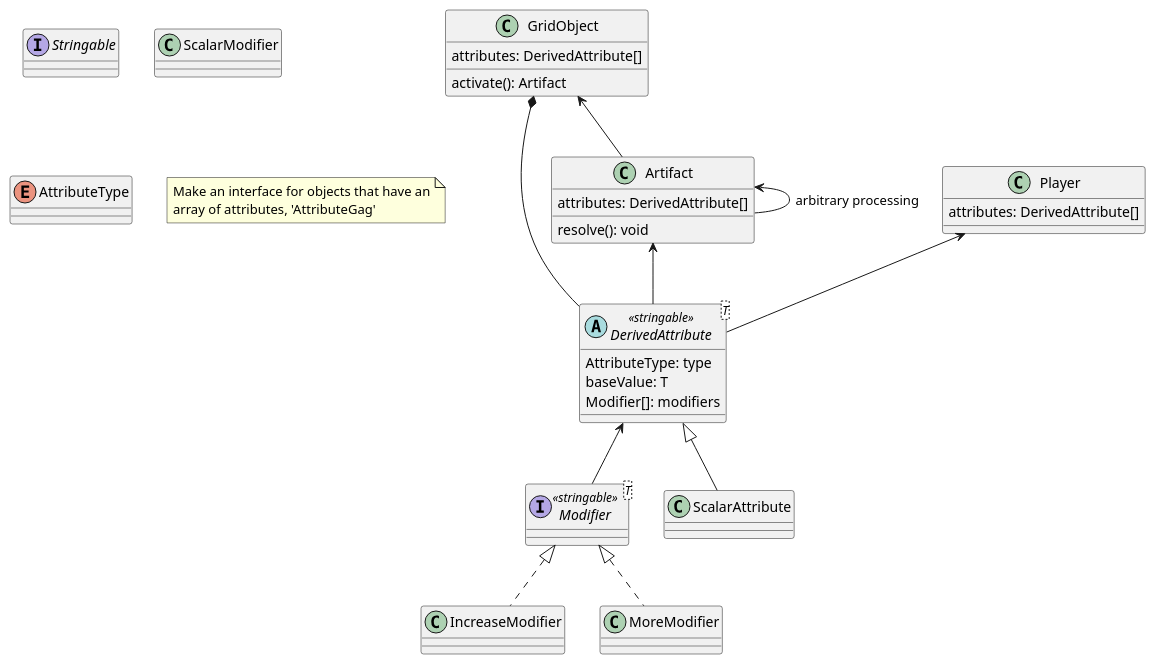
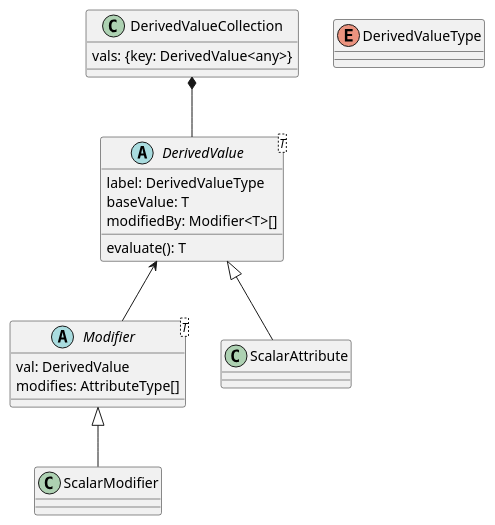
Before and after one commit to halljared/bpb-simulator: the diagram in src/docs/attributes.wsd, drawn with PlantUML. The commit also changed 9 other files, not shown here.

Commit message:
refactor modifiers to themselves be derived values

```diff
--- a/src/docs/attributes.wsd
+++ b/src/docs/attributes.wsd
@@ -1,35 +1,22 @@
 @startuml test
-class GridObject {
-  activate(): Artifact
-  attributes: DerivedAttribute[]
+class DerivedValueCollection {
+  vals: {key: DerivedValue<any>}
 }
-interface Stringable
-interface Modifier<T> <<stringable>>
-abstract DerivedAttribute<T> <<stringable>> {
-  AttributeType: type
+abstract Modifier<T> {
+  val: DerivedValue
+  modifies: AttributeType[]
+}
+abstract DerivedValue<T> {
+  label: DerivedValueType
   baseValue: T
-  Modifier[]: modifiers
-}
-class Player {
-  attributes: DerivedAttribute[]
-}
-class Artifact {
-  attributes: DerivedAttribute[]
-  resolve(): void
+  modifiedBy: Modifier<T>[]
+  evaluate(): T
 }
 class ScalarAttribute
 class ScalarModifier
-class IncreaseModifier
-class MoreModifier
-enum AttributeType
-GridObject *-- DerivedAttribute
-DerivedAttribute <|-- ScalarAttribute
-DerivedAttribute <-- Modifier
-Modifier <|.. IncreaseModifier
-Modifier <|.. MoreModifier
-GridObject <-- Artifact
-Artifact <-- DerivedAttribute
-Artifact <-- Artifact : arbitrary processing
-Player <-- DerivedAttribute
-note "Make an interface for objects that have an\narray of attributes, 'AttributeGag'" as N1
+enum DerivedValueType
+DerivedValue <|-- ScalarAttribute
+DerivedValue <-- Modifier
+Modifier <|-- ScalarModifier
+DerivedValueCollection *-- DerivedValue
 @enduml
```
